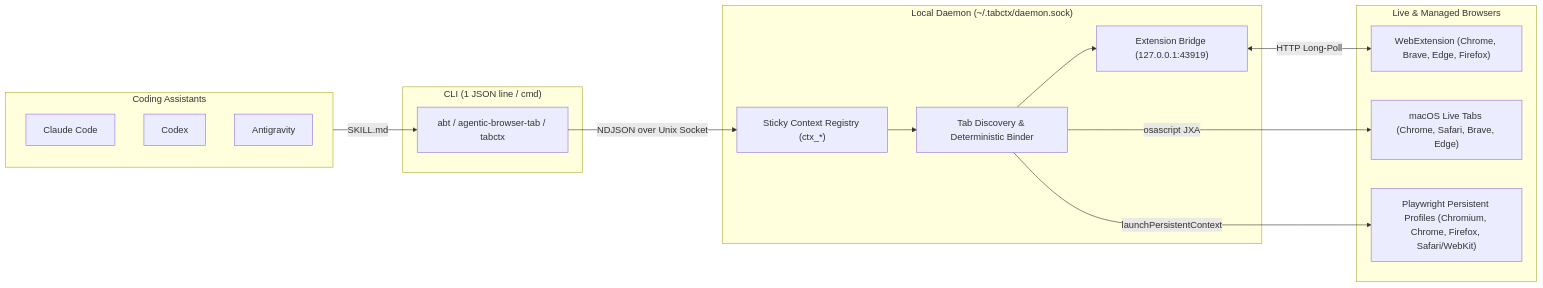
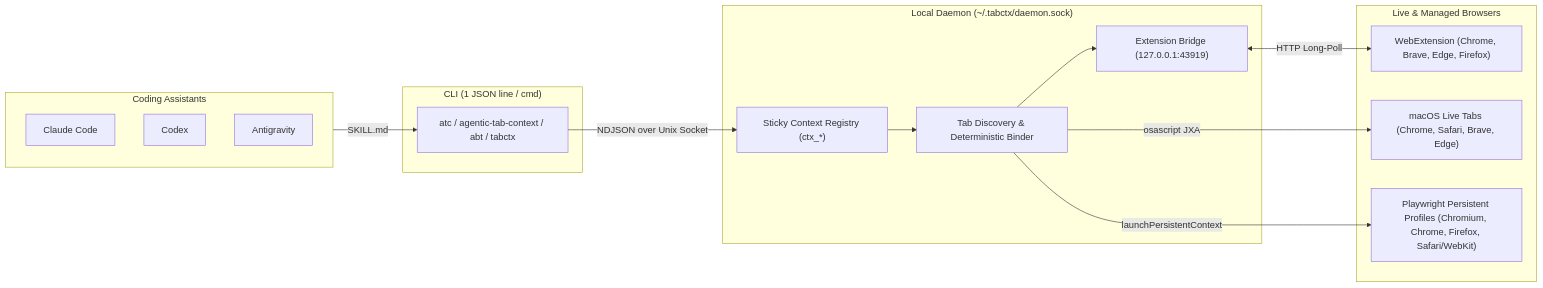
The diagram in README.md (gainratio/agentic-tab-context), drawn with Mermaid before and after one commit. The commit also changed other lines of this file and 19 other files, not shown here.

Commit message:
Rename project to agentic-tab-context (atc) and bind exclusively to gainratio/agentic-tab-context

````diff
--- a/README.md
+++ b/README.md
@@ -37,32 +37,32 @@
 ```mermaid
 flowchart LR
   subgraph Assistants["Coding Assistants"]
     CC["Claude Code"]
     CX["Codex"]
     AG["Antigravity"]
   end
 
   subgraph CLI["CLI (1 JSON line / cmd)"]
-    ABT["abt / agentic-browser-tab / tabctx"]
+    ATC["atc / agentic-tab-context / abt / tabctx"]
   end
 
   subgraph Daemon["Local Daemon (~/.tabctx/daemon.sock)"]
     REG["Sticky Context Registry (ctx_*)"]
     TABS["Tab Discovery & Deterministic Binder"]
     BRG["Extension Bridge (127.0.0.1:43919)"]
   end
 
   subgraph Browsers["Live & Managed Browsers"]
     EXT["WebExtension (Chrome, Brave, Edge, Firefox)"]
     MAC["macOS Live Tabs (Chrome, Safari, Brave, Edge)"]
     PW["Playwright Persistent Profiles (Chromium, Chrome, Firefox, Safari/WebKit)"]
   end
 
-  Assistants -->|"SKILL.md"| ABT
-  ABT -->|"NDJSON over Unix Socket"| REG
+  Assistants -->|"SKILL.md"| ATC
+  ATC -->|"NDJSON over Unix Socket"| REG
   REG --> TABS
   TABS --> BRG
   BRG <-->|"HTTP Long-Poll"| EXT
   TABS -->|"osascript JXA"| MAC
   TABS -->|"launchPersistentContext"| PW
 ```
````
